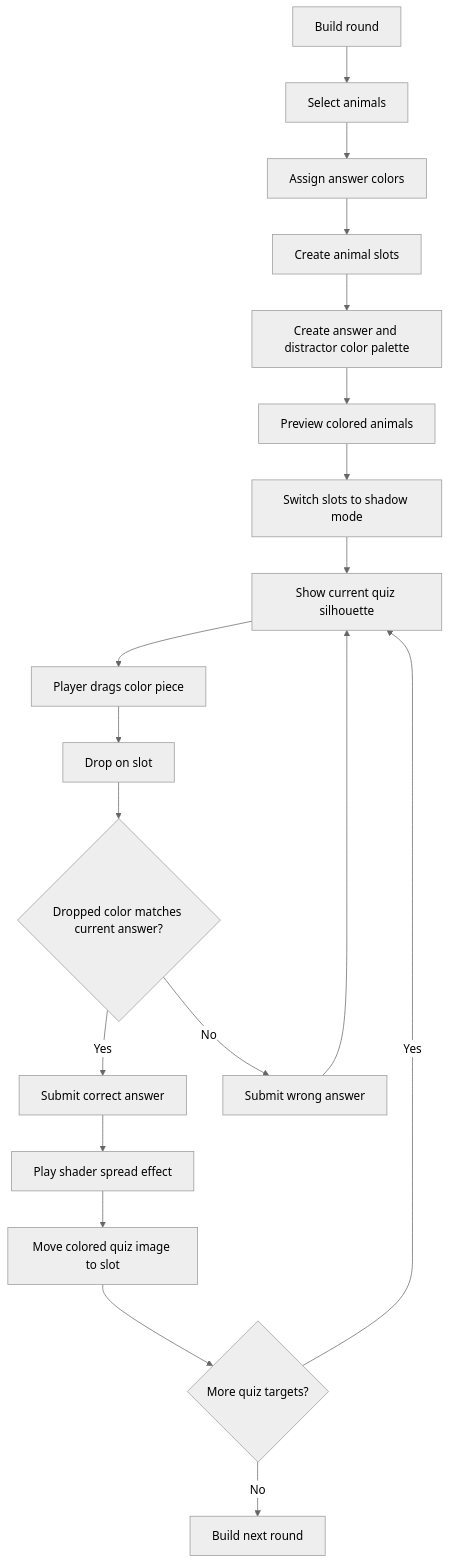
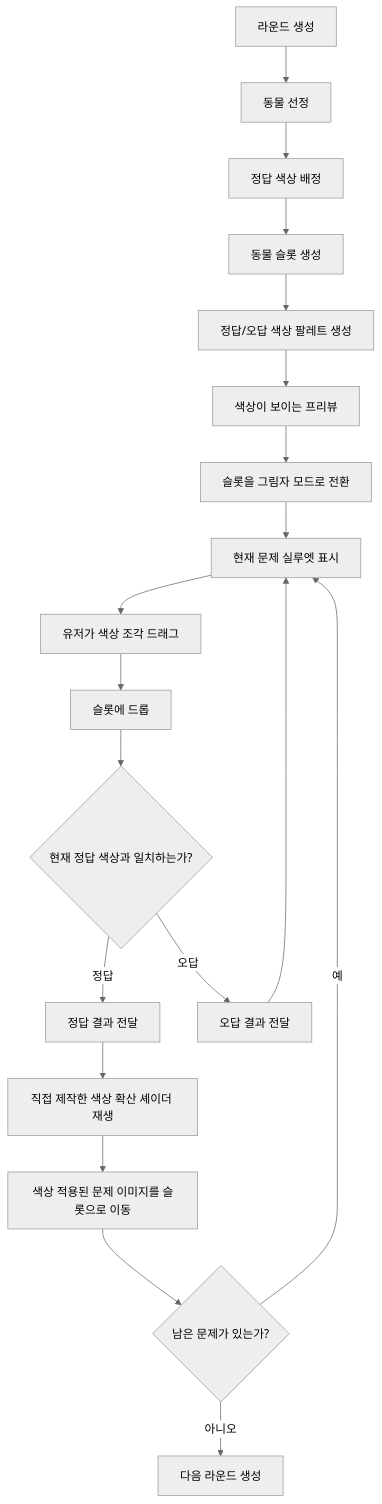
The third of 6 diagrams in docs/content-flowcharts.md (yangwonkyu/memoleaf), drawn with Mermaid (neutral theme) before and after one commit. The commit also changed other lines of this file and 4 other files, not shown here.

Commit message:
Document Korean flowcharts and custom presentation work

````diff
--- a/docs/content-flowcharts.md
+++ b/docs/content-flowcharts.md
@@ -49,21 +49,21 @@
 ```mermaid
 flowchart TD
-    A[Build round] --> B[Select animals]
-    B --> C[Assign answer colors]
-    C --> D[Create animal slots]
-    D --> E[Create answer and distractor color palette]
-    E --> F[Preview colored animals]
-    F --> G[Switch slots to shadow mode]
-    G --> H[Show current quiz silhouette]
-    H --> I[Player drags color piece]
-    I --> J[Drop on slot]
-    J --> K{Dropped color matches current answer?}
-    K -->|Yes| L[Submit correct answer]
-    L --> M[Play shader spread effect]
-    M --> N[Move colored quiz image to slot]
-    N --> O{More quiz targets?}
-    O -->|Yes| H
-    O -->|No| P[Build next round]
-    K -->|No| Q[Submit wrong answer]
+    A[라운드 생성] --> B[동물 선정]
+    B --> C[정답 색상 배정]
+    C --> D[동물 슬롯 생성]
+    D --> E[정답/오답 색상 팔레트 생성]
+    E --> F[색상이 보이는 프리뷰]
+    F --> G[슬롯을 그림자 모드로 전환]
+    G --> H[현재 문제 실루엣 표시]
+    H --> I[유저가 색상 조각 드래그]
+    I --> J[슬롯에 드롭]
+    J --> K{현재 정답 색상과 일치하는가?}
+    K -->|정답| L[정답 결과 전달]
+    L --> M[직접 제작한 색상 확산 셰이더 재생]
+    M --> N[색상 적용된 문제 이미지를 슬롯으로 이동]
+    N --> O{남은 문제가 있는가?}
+    O -->|예| H
+    O -->|아니오| P[다음 라운드 생성]
+    K -->|오답| Q[오답 결과 전달]
     Q --> H
 ```
````
